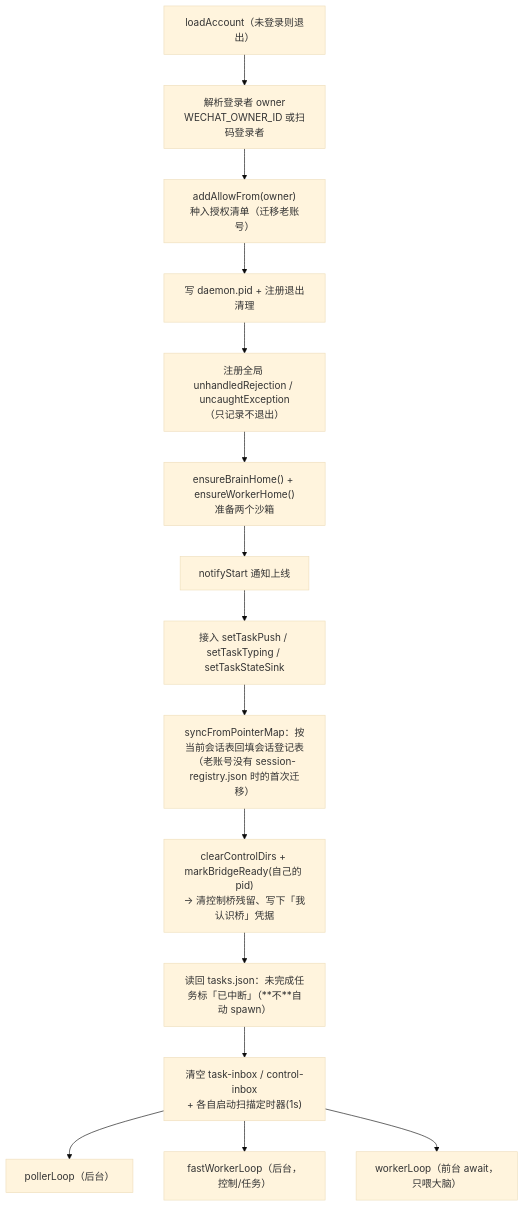
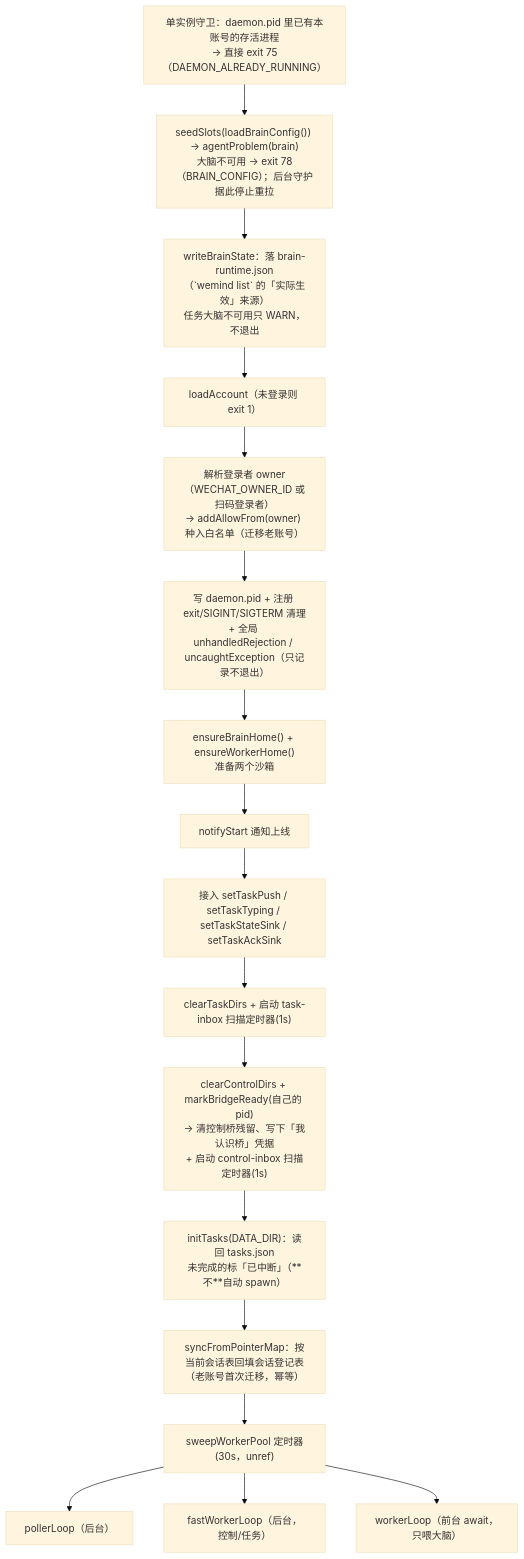
The first of 4 diagrams in docs/repowiki/05-daemon.md (imwangpan/WeMind), drawn with Mermaid (base theme) before and after one commit. The commit also changed other lines of this file and 52 other files, not shown here.

````diff
--- a/docs/repowiki/05-daemon.md
+++ b/docs/repowiki/05-daemon.md
@@ -49,17 +86,20 @@
 ```mermaid
 graph TD
-    A["loadAccount（未登录则退出）"] --> B["解析登录者 owner<br/>WECHAT_OWNER_ID 或扫码登录者"]
-    B --> C["addAllowFrom(owner)<br/>种入授权清单（迁移老账号）"]
-    C --> D["写 daemon.pid + 注册退出清理"]
-    D --> E["注册全局 unhandledRejection / uncaughtException<br/>（只记录不退出）"]
+    A["单实例守卫：daemon.pid 里已有本账号的存活进程<br/>→ 直接 exit 75（DAEMON_ALREADY_RUNNING）"]
+    A --> B["seedSlots(loadBrainConfig()) → agentProblem(brain)<br/>大脑不可用 → exit 78（BRAIN_CONFIG）；后台守护据此停止重拉"]
+    B --> B2["writeBrainState：落 brain-runtime.json<br/>（`wemind list` 的「实际生效」来源）<br/>任务大脑不可用只 WARN，不退出"]
+    B2 --> C["loadAccount（未登录则 exit 1）"]
+    C --> D["解析登录者 owner（WECHAT_OWNER_ID 或扫码登录者）<br/>→ addAllowFrom(owner) 种入白名单（迁移老账号）"]
+    D --> E["写 daemon.pid + 注册 exit/SIGINT/SIGTERM 清理<br/>+ 全局 unhandledRejection / uncaughtException（只记录不退出）"]
     E --> F["ensureBrainHome() + ensureWorkerHome()<br/>准备两个沙箱"]
     F --> G["notifyStart 通知上线"]
-    G --> H["接入 setTaskPush / setTaskTyping / setTaskStateSink"]
-    H --> I["syncFromPointerMap：按当前会话表回填会话登记表<br/>（老账号没有 session-registry.json 时的首次迁移）"]
-    I --> J["clearControlDirs + markBridgeReady(自己的 pid)<br/>→ 清控制桥残留、写下「我认识桥」凭据"]
-    J --> K["读回 tasks.json：未完成任务标「已中断」（**不**自动 spawn）"]
-    K --> L["清空 task-inbox / control-inbox<br/>+ 各自启动扫描定时器(1s)"]
-    L --> M["pollerLoop（后台）"]
-    L --> N["fastWorkerLoop（后台，控制/任务）"]
-    L --> O["workerLoop（前台 await，只喂大脑）"]
+    G --> H["接入 setTaskPush / setTaskTyping / setTaskStateSink / setTaskAckSink"]
+    H --> I["clearTaskDirs + 启动 task-inbox 扫描定时器(1s)"]
+    I --> J["clearControlDirs + markBridgeReady(自己的 pid)<br/>→ 清控制桥残留、写下「我认识桥」凭据<br/>+ 启动 control-inbox 扫描定时器(1s)"]
+    J --> K["initTasks(DATA_DIR)：读回 tasks.json<br/>未完成的标「已中断」（**不**自动 spawn）"]
+    K --> L["syncFromPointerMap：按当前会话表回填会话登记表<br/>（老账号首次迁移，幂等）"]
+    L --> M["sweepWorkerPool 定时器(30s，unref)"]
+    M --> N["pollerLoop（后台）"]
+    M --> O["fastWorkerLoop（后台，控制/任务）"]
+    M --> P["workerLoop（前台 await，只喂大脑）"]
 ```
````
